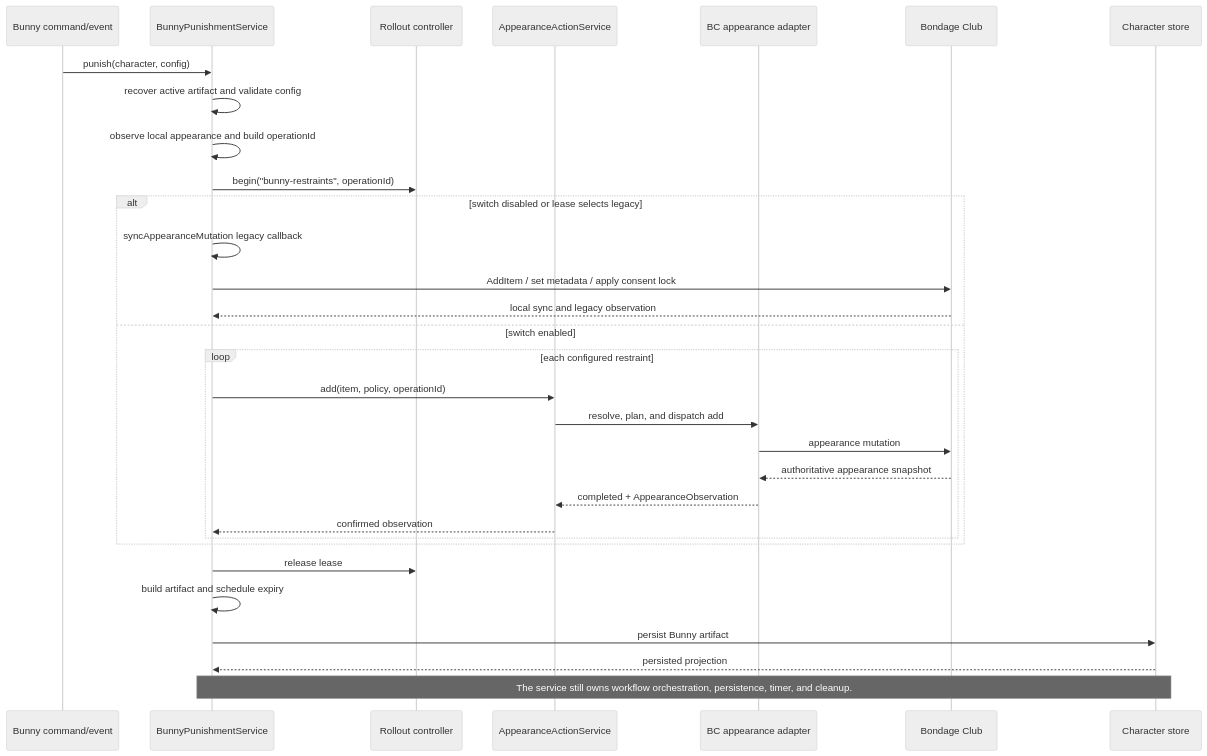
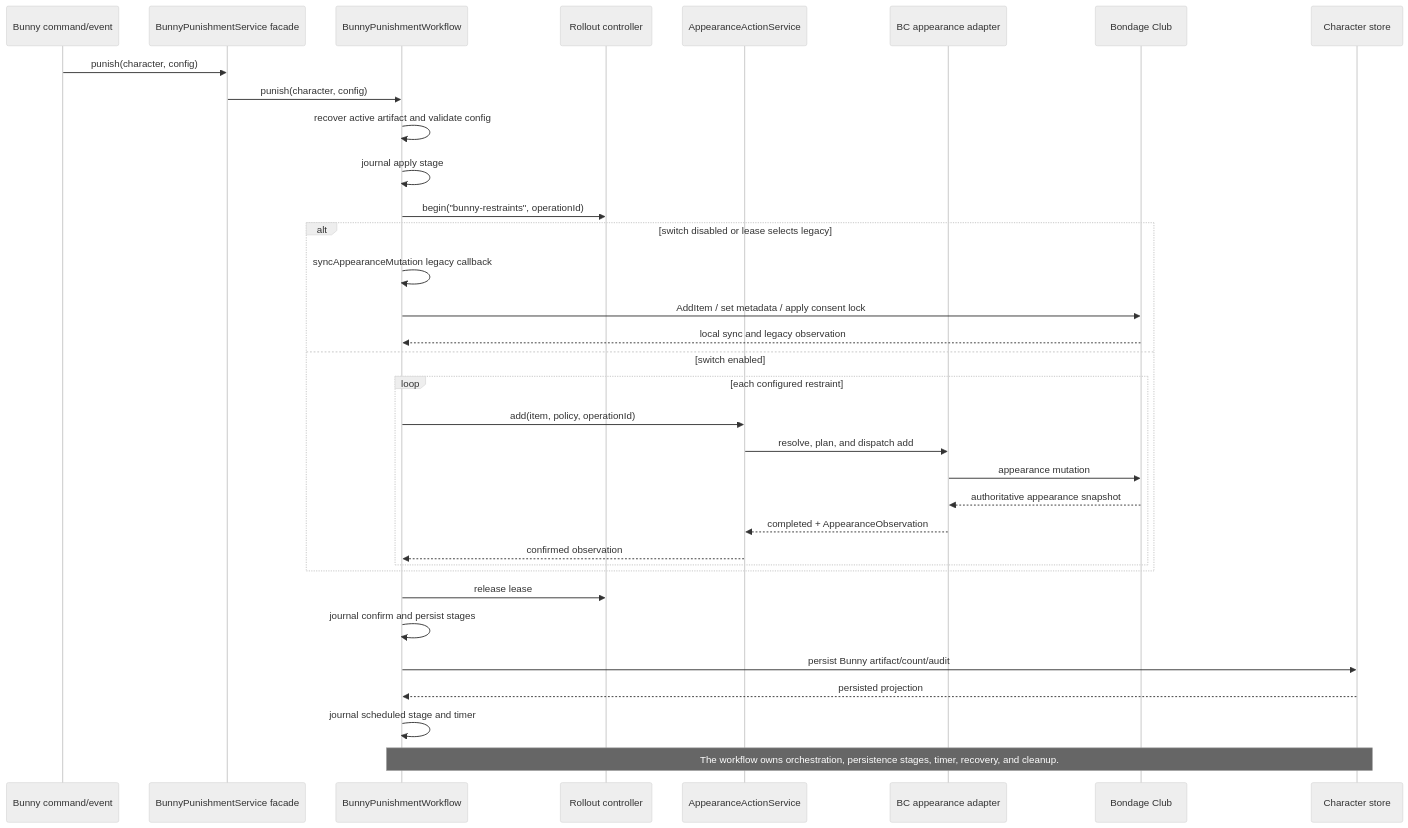
One commit to Rarsus/veratown changed the second of 5 diagrams in docs/ARCHITECTURE/MIGRATED_FEATURES.md. Above: the diagram before and after it, drawn with Mermaid (neutral theme). The commit also changed other lines of this file and 9 other files, not shown here.

Commit message:
feat: wire Bunny workflow recovery and Mongo journal

````diff
--- a/docs/ARCHITECTURE/MIGRATED_FEATURES.md
+++ b/docs/ARCHITECTURE/MIGRATED_FEATURES.md
@@ -135,35 +128,38 @@
 ```mermaid
 sequenceDiagram
     participant Trigger as Bunny command/event
-    participant Service as BunnyPunishmentService
+    participant Service as BunnyPunishmentService facade
+    participant Workflow as BunnyPunishmentWorkflow
     participant Rollout as Rollout controller
     participant Action as AppearanceActionService
     participant Adapter as BC appearance adapter
     participant BC as Bondage Club
     participant Store as Character store
 
     Trigger->>Service: punish(character, config)
-    Service->>Service: recover active artifact and validate config
-    Service->>Service: observe local appearance and build operationId
-    Service->>Rollout: begin("bunny-restraints", operationId)
+    Service->>Workflow: punish(character, config)
+    Workflow->>Workflow: recover active artifact and validate config
+    Workflow->>Workflow: journal apply stage
+    Workflow->>Rollout: begin("bunny-restraints", operationId)
     alt switch disabled or lease selects legacy
-        Service->>Service: syncAppearanceMutation legacy callback
-        Service->>BC: AddItem / set metadata / apply consent lock
-        BC-->>Service: local sync and legacy observation
+        Workflow->>Workflow: syncAppearanceMutation legacy callback
+        Workflow->>BC: AddItem / set metadata / apply consent lock
+        BC-->>Workflow: local sync and legacy observation
     else switch enabled
         loop each configured restraint
-            Service->>Action: add(item, policy, operationId)
+            Workflow->>Action: add(item, policy, operationId)
             Action->>Adapter: resolve, plan, and dispatch add
             Adapter->>BC: appearance mutation
             BC-->>Adapter: authoritative appearance snapshot
             Adapter-->>Action: completed + AppearanceObservation
-            Action-->>Service: confirmed observation
+            Action-->>Workflow: confirmed observation
         end
     end
-    Service->>Rollout: release lease
-    Service->>Service: build artifact and schedule expiry
-    Service->>Store: persist Bunny artifact
-    Store-->>Service: persisted projection
+    Workflow->>Rollout: release lease
+    Workflow->>Workflow: journal confirm and persist stages
+    Workflow->>Store: persist Bunny artifact/count/audit
+    Store-->>Workflow: persisted projection
+    Workflow->>Workflow: journal scheduled stage and timer
 
-    Note over Service,Store: The service still owns workflow orchestration, persistence, timer, and cleanup.
+    Note over Workflow,Store: The workflow owns orchestration, persistence stages, timer, recovery, and cleanup.
 ```
````
